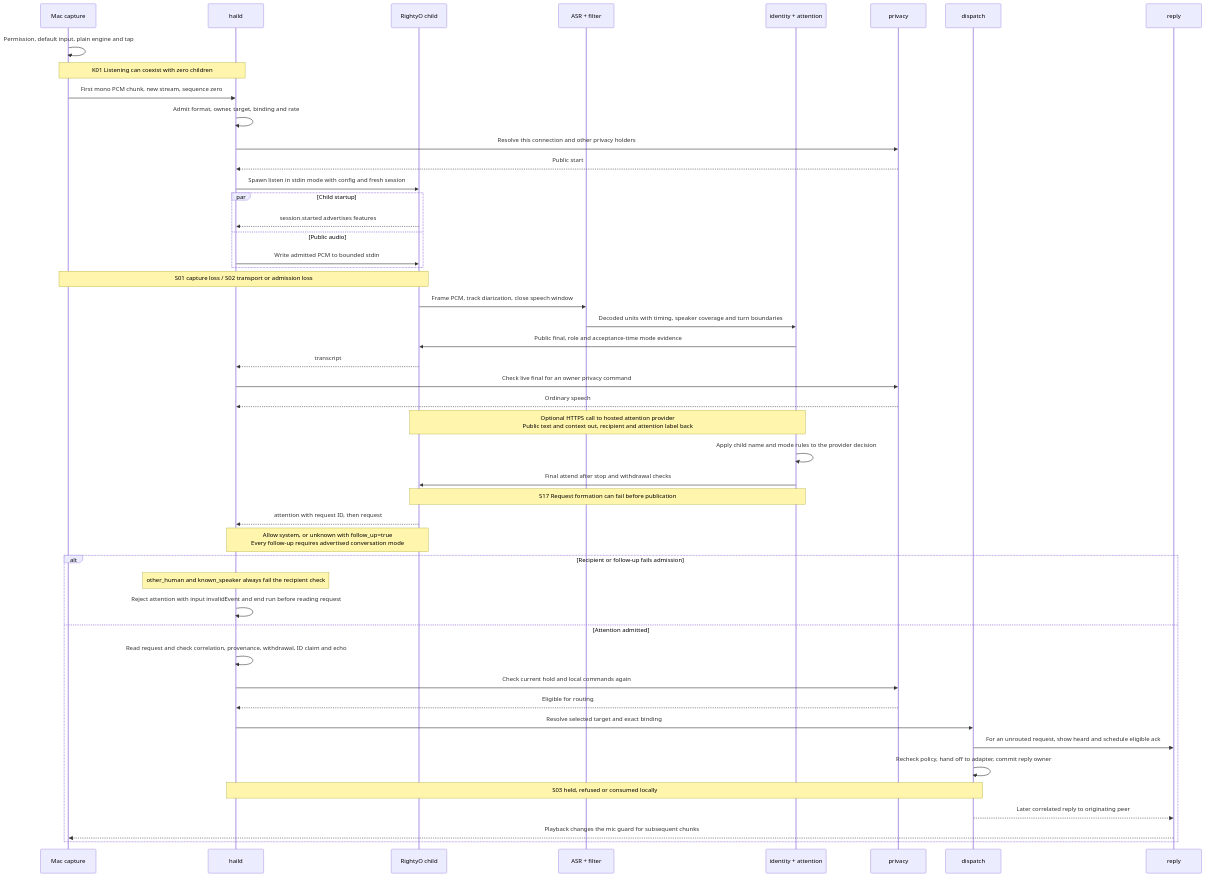
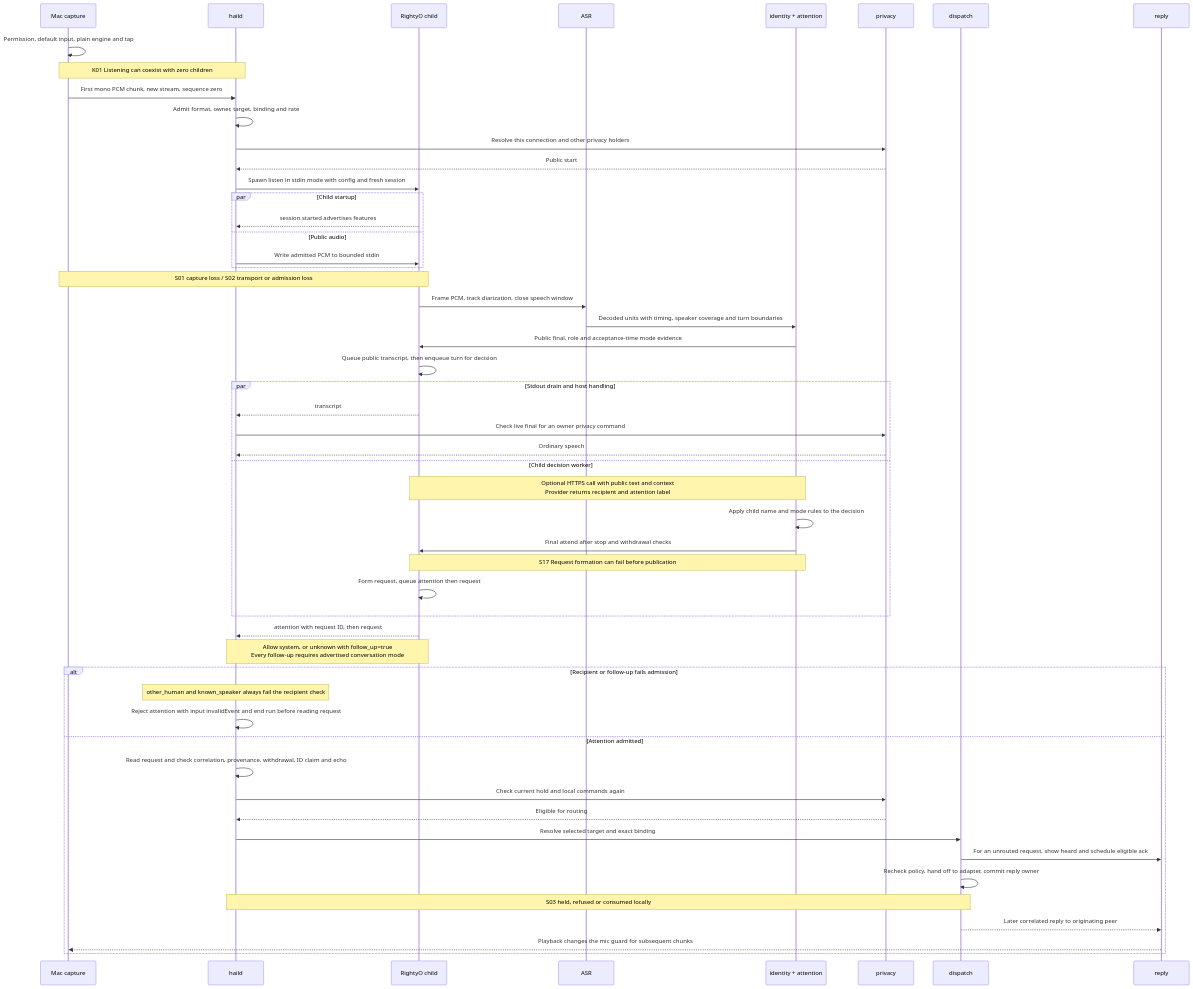
The first of 8 diagrams in docs/rightyo-swimlanes.md (mickdarling/hailing-station), drawn with Mermaid before and after one commit. The commit also changed other lines of this file, not shown here.

````diff
--- a/docs/rightyo-swimlanes.md
+++ b/docs/rightyo-swimlanes.md
@@ -19,50 +19,55 @@
 ```mermaid
 sequenceDiagram
     participant M as Mac capture
     participant H as haild
     participant C as RightyO child
-    participant A as ASR + filter
+    participant A as ASR
     participant I as identity + attention
     participant P as privacy
     participant D as dispatch
     participant R as reply
     M->>M: Permission, default input, plain engine and tap
     Note over M,H: K01 Listening can coexist with zero children
     M->>H: First mono PCM chunk, new stream, sequence zero
     H->>H: Admit format, owner, target, binding and rate
     H->>P: Resolve this connection and other privacy holders
     P-->>H: Public start
     H->>C: Spawn listen in stdin mode with config and fresh session
     par Child startup
         C-->>H: session.started advertises features
     and Public audio
         H->>C: Write admitted PCM to bounded stdin
     end
     Note over M,C: S01 capture loss / S02 transport or admission loss
     C->>A: Frame PCM, track diarization, close speech window
     A->>I: Decoded units with timing, speaker coverage and turn boundaries
     I->>C: Public final, role and acceptance-time mode evidence
-    C-->>H: transcript
-    H->>P: Check live final for an owner privacy command
-    P-->>H: Ordinary speech
-    Note over C,I: Optional HTTPS call to hosted attention provider<br/>Public text and context out, recipient and attention label back
-    I->>I: Apply child name and mode rules to the provider decision
-    I->>C: Final attend after stop and withdrawal checks
-    Note over C,I: S17 Request formation can fail before publication
+    C->>C: Queue public transcript, then enqueue turn for decision
+    par Stdout drain and host handling
+        C-->>H: transcript
+        H->>P: Check live final for an owner privacy command
+        P-->>H: Ordinary speech
+    and Child decision worker
+        Note over C,I: Optional HTTPS call with public text and context<br/>Provider returns recipient and attention label
+        I->>I: Apply child name and mode rules to the decision
+        I->>C: Final attend after stop and withdrawal checks
+        Note over C,I: S17 Request formation can fail before publication
+        C->>C: Form request, queue attention then request
+    end
     C-->>H: attention with request ID, then request
     Note over H,C: Allow system, or unknown with follow_up=true<br/>Every follow-up requires advertised conversation mode
     alt Recipient or follow-up fails admission
         Note over H: other_human and known_speaker always fail the recipient check
         H->>H: Reject attention with input invalidEvent and end run before reading request
     else Attention admitted
         H->>H: Read request and check correlation, provenance, withdrawal, ID claim and echo
         H->>P: Check current hold and local commands again
         P-->>H: Eligible for routing
         H->>D: Resolve selected target and exact binding
         D->>R: For an unrouted request, show heard and schedule eligible ack
         D->>D: Recheck policy, hand off to adapter, commit reply owner
         Note over H,D: S03 held, refused or consumed locally
         D-->>R: Later correlated reply to originating peer
         R-->>M: Playback changes the mic guard for subsequent chunks
     end
 ```
````
